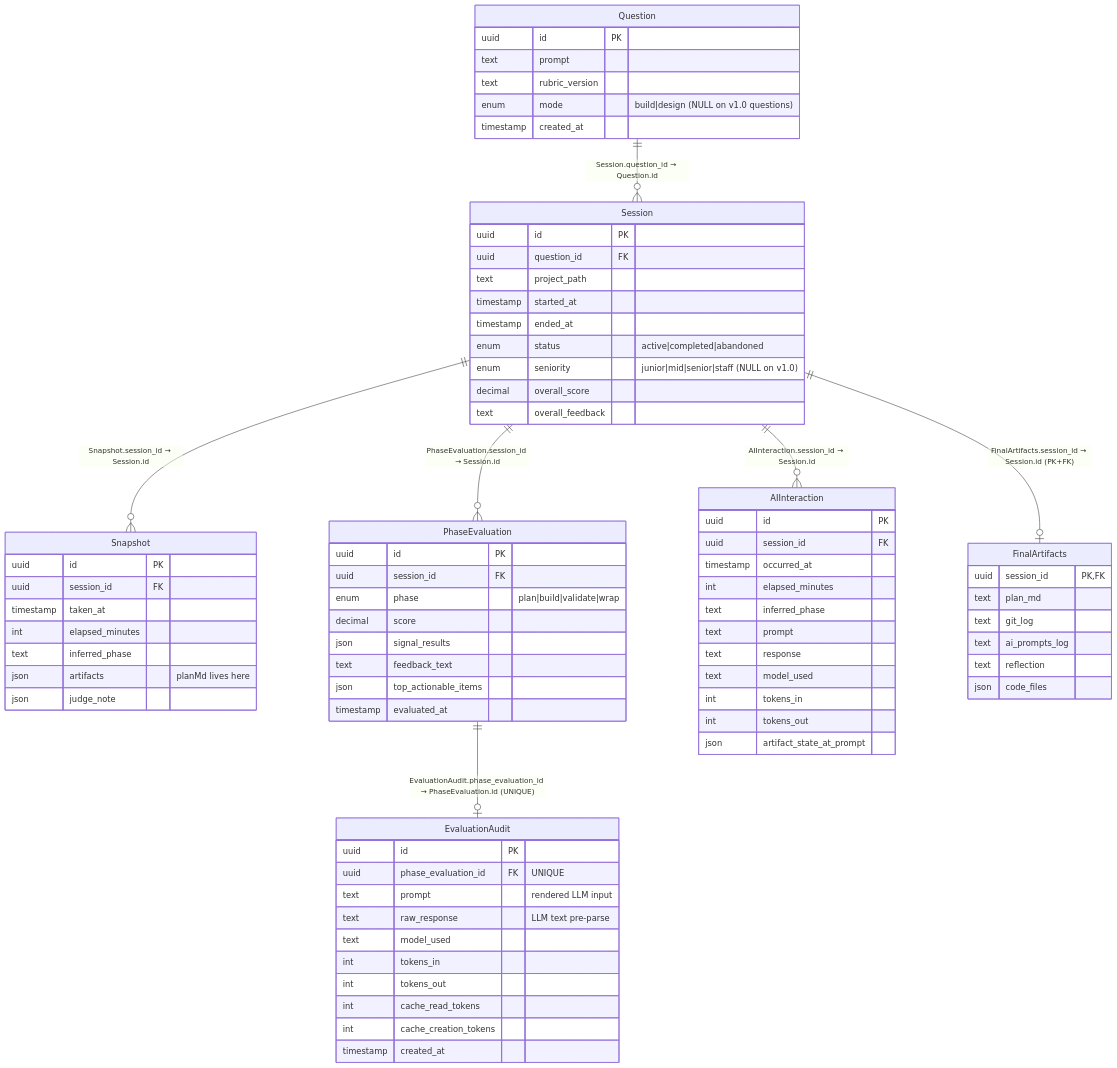
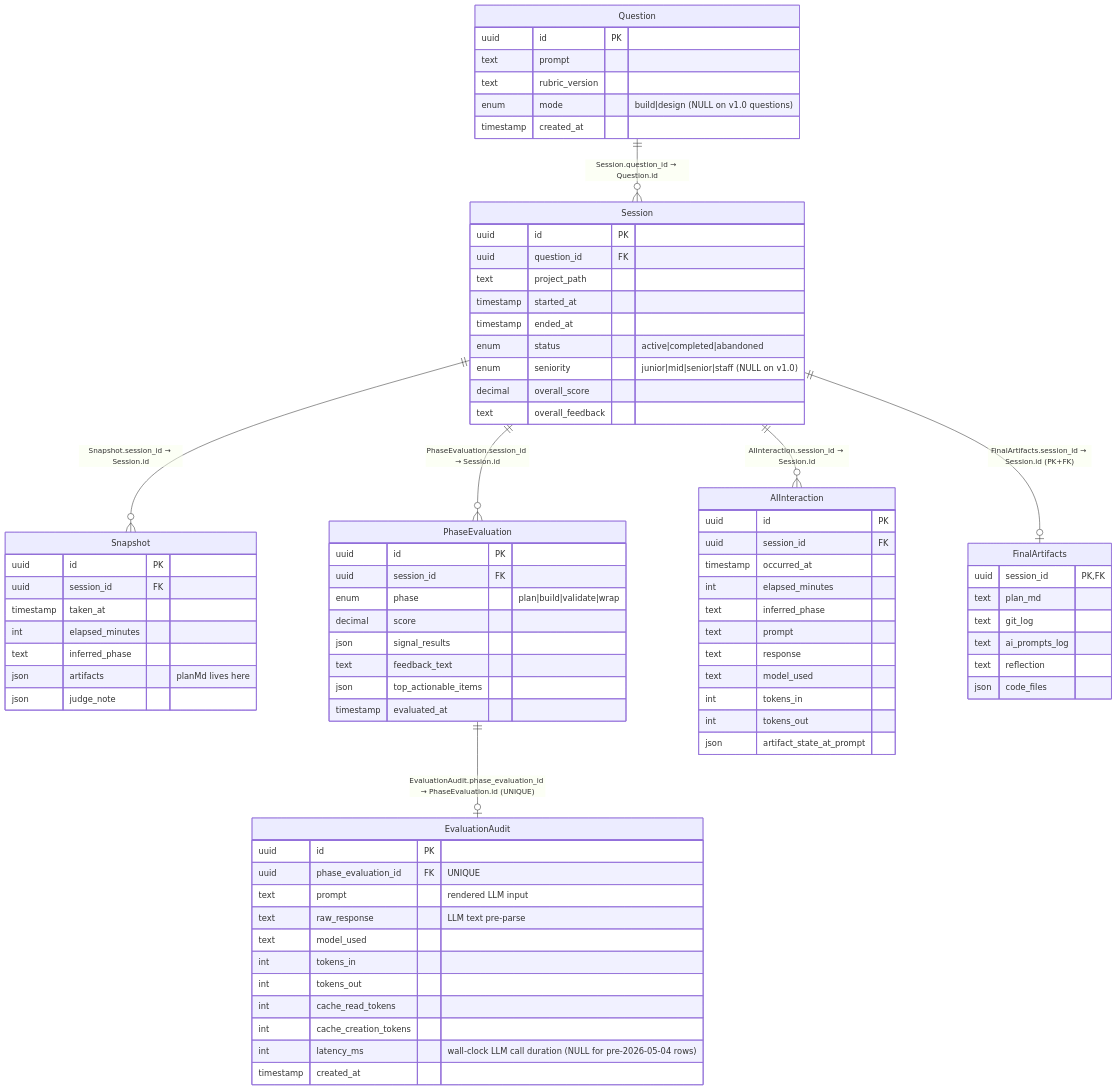
Before and after one commit to Parinita789/AI-System-Design-Judge: the diagram in backend/prisma/SCHEMA.md, drawn with Mermaid. The commit also changed 21 other files, not shown here.

```diff
--- a/backend/prisma/SCHEMA.md
+++ b/backend/prisma/SCHEMA.md
@@ -65,6 +65,7 @@
         int tokens_out
         int cache_read_tokens
         int cache_creation_tokens
+        int latency_ms "wall-clock LLM call duration (NULL for pre-2026-05-04 rows)"
         timestamp created_at
     }
 
```
